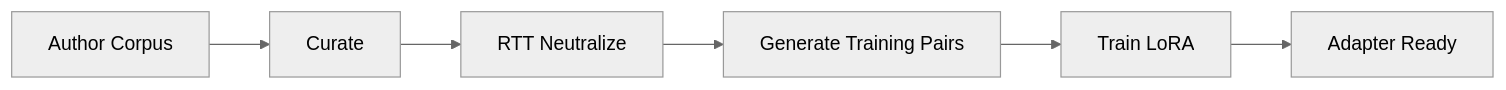
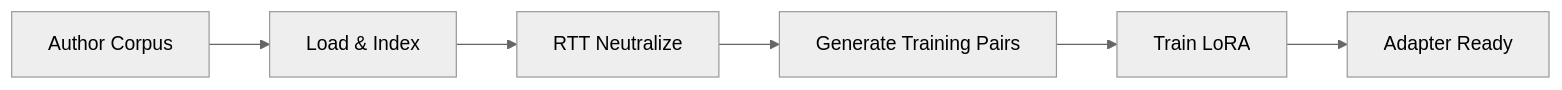
Before and after one commit to yogthos/revenant: the first of 2 diagrams in README.md, drawn with Mermaid (neutral theme). The commit also changed other lines of this file and 1 other file, not shown here.

Commit message:
add a script to load corpus into chromadb

````diff
--- a/README.md
+++ b/README.md
@@ -112,8 +181,8 @@
 ```mermaid
 flowchart LR
-    A[Author Corpus] --> B[Curate]
+    A[Author Corpus] --> B[Load & Index]
     B --> C[RTT Neutralize]
     C --> D[Generate Training Pairs]
     D --> E[Train LoRA]
     E --> F[Adapter Ready]
 ```
````
